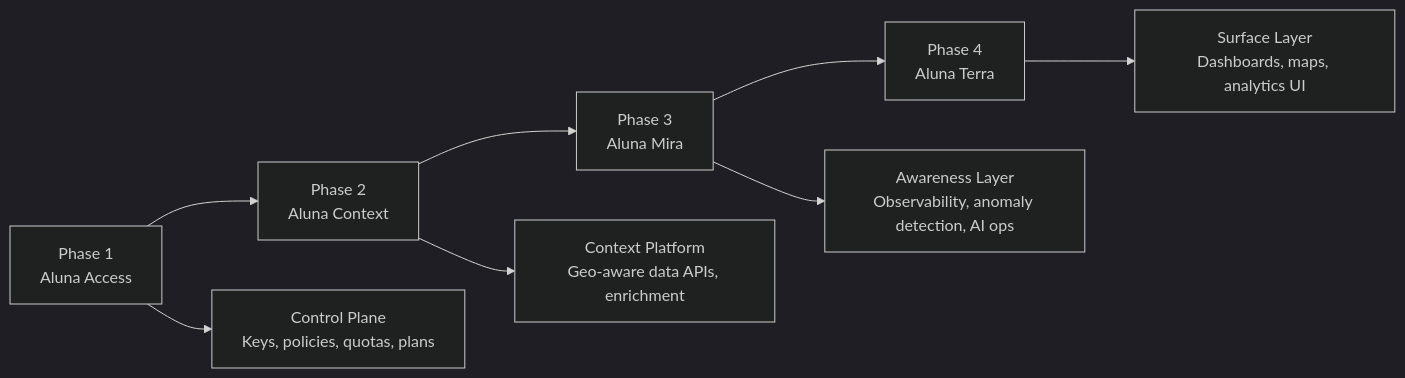
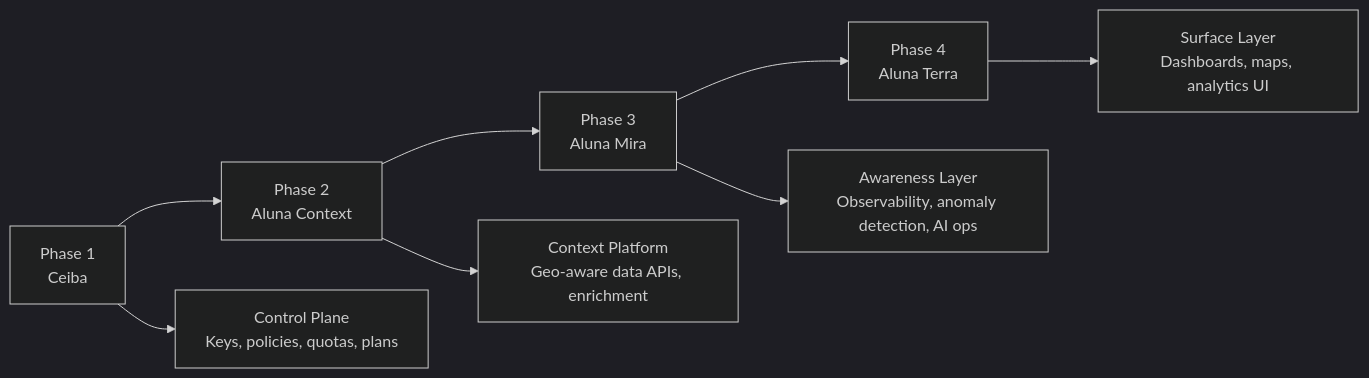
The diagram in docs/aluna-platform/diagrams/04-product-evolution.md (davidpal3c/mu-platform_homelab), drawn with Mermaid (dark theme) before and after one commit. The commit also changed 21 other files, not shown here.

````diff
--- a/docs/aluna-platform/diagrams/04-product-evolution.md
+++ b/docs/aluna-platform/diagrams/04-product-evolution.md
@@ -3,11 +3,11 @@
 ```mermaid
 flowchart LR
-    A1["Phase 1<br/>Aluna Access"] --> A2["Phase 2<br/>Aluna Context"]
+    A1["Phase 1<br/>Ceiba"] --> A2["Phase 2<br/>Aluna Context"]
     A2 --> A3["Phase 3<br/>Aluna Mira"]
     A3 --> A4["Phase 4<br/>Aluna Terra"]
 
     A1 --> I1["Control Plane<br/>Keys, policies, quotas, plans"]
     A2 --> I2["Context Platform<br/>Geo-aware data APIs, enrichment"]
     A3 --> I3["Awareness Layer<br/>Observability, anomaly detection, AI ops"]
     A4 --> I4["Surface Layer<br/>Dashboards, maps, analytics UI"]
 ```
````
